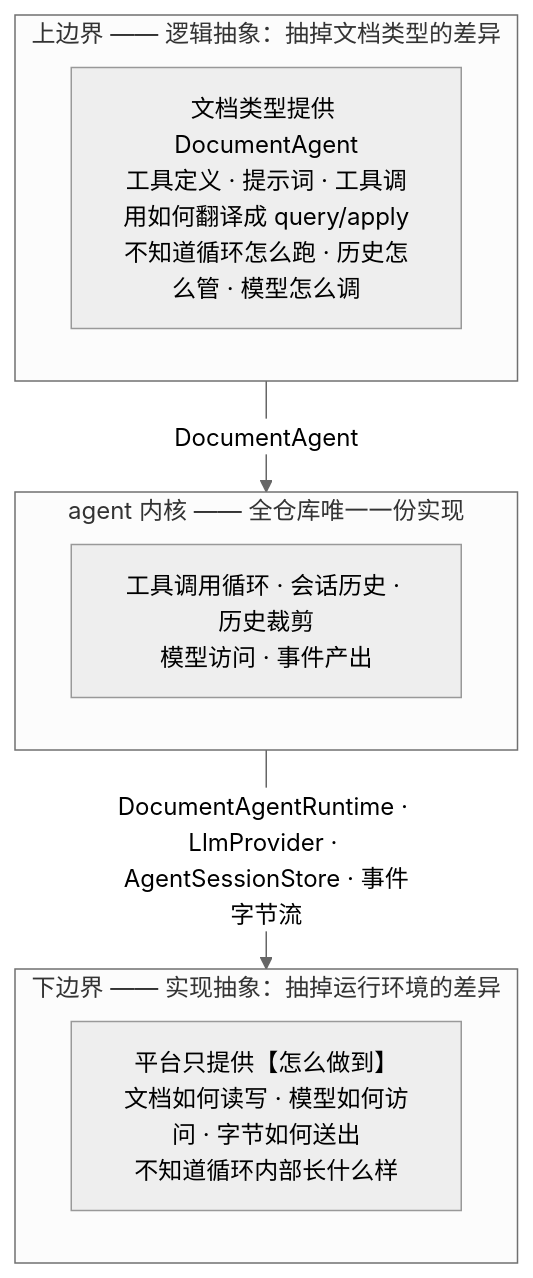
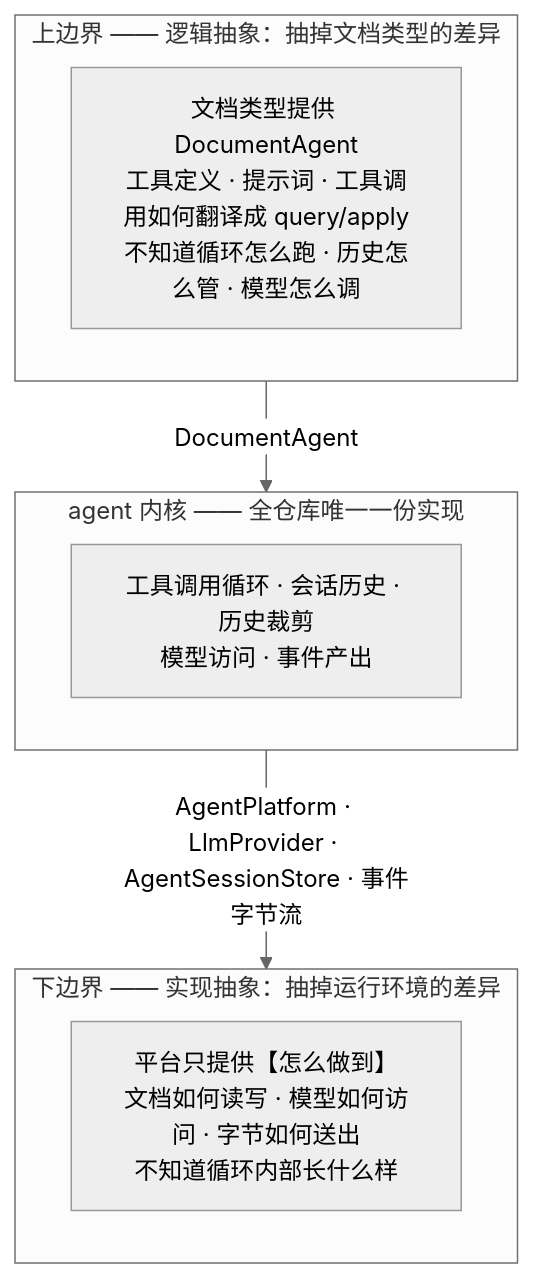
Before and after one commit to shazhou-ww/unidocs: the first of 16 diagrams in docs/superpowers/specs/2026-08-26-agent-sdk-design.md, drawn with Mermaid (neutral theme). The commit also changed other lines of this file, not shown here.

First line of the commit message:
docs(agent-sdk): 去掉文档类型持有的平台句柄,工具改为纯数据 + 纯函数

````diff
--- a/docs/superpowers/specs/2026-08-26-agent-sdk-design.md
+++ b/docs/superpowers/specs/2026-08-26-agent-sdk-design.md
@@ -15,17 +15,17 @@
 ```mermaid
 flowchart TB
     subgraph up["上边界 —— 逻辑抽象：抽掉文档类型的差异"]
         U["文档类型提供 DocumentAgent<br/>工具定义 · 提示词 · 工具调用如何翻译成 query/apply<br/>不知道循环怎么跑 · 历史怎么管 · 模型怎么调"]
     end
 
     subgraph core["agent 内核 —— 全仓库唯一一份实现"]
         K["工具调用循环 · 会话历史 · 历史裁剪<br/>模型访问 · 事件产出"]
     end
 
     subgraph down["下边界 —— 实现抽象：抽掉运行环境的差异"]
         D["平台只提供【怎么做到】<br/>文档如何读写 · 模型如何访问 · 字节如何送出<br/>不知道循环内部长什么样"]
     end
 
     up -->|"DocumentAgent"| core
-    core -->|"DocumentAgentRuntime · LlmProvider · AgentSessionStore · 事件字节流"| down
+    core -->|"AgentPlatform · LlmProvider · AgentSessionStore · 事件字节流"| down
 ```
````
